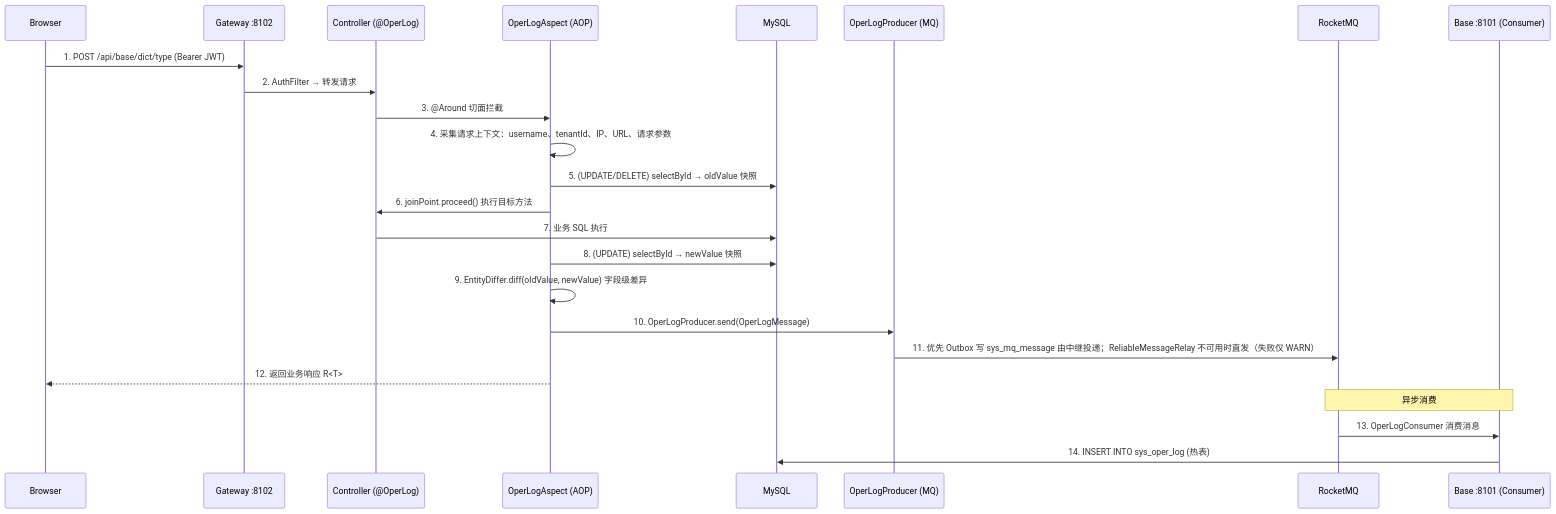
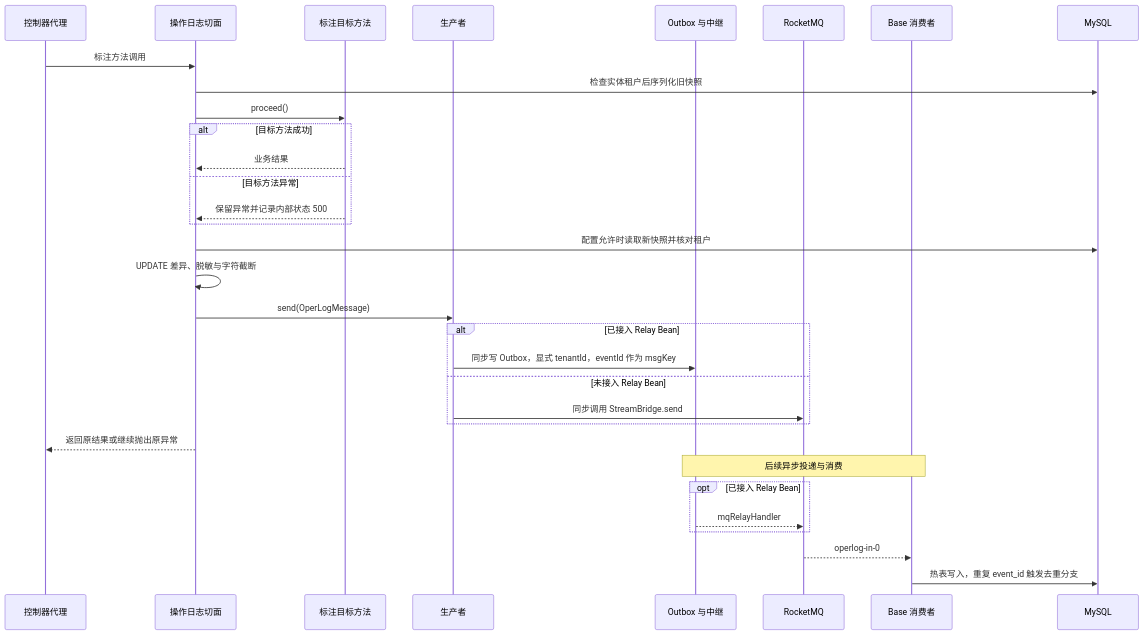
One commit to wang-baohai/Omni-Stack changed the tenth of 21 diagrams in docs/core-flows.md. Above: the diagram before and after it, drawn with Mermaid. The commit also changed other lines of this file and 1095 other files, not shown here.

````diff
--- a/docs/core-flows.md
+++ b/docs/core-flows.md
@@ -1213,28 +932,34 @@
 ```mermaid
 sequenceDiagram
-    participant B as Browser
-    participant G as Gateway :8102
-    participant C as Controller (@OperLog)
-    participant A as OperLogAspect (AOP)
-    participant M as MySQL
-    participant P as OperLogProducer (MQ)
+    participant C as 控制器代理
+    participant A as 操作日志切面
+    participant T as 标注目标方法
+    participant P as 生产者
+    participant O as Outbox 与中继
     participant Q as RocketMQ
-    participant Base as Base :8101 (Consumer)
-
-    B->>G: 1. POST /api/base/dict/type (Bearer JWT)
-    G->>C: 2. AuthFilter → 转发请求
-    C->>A: 3. @Around 切面拦截
-    A->>A: 4. 采集请求上下文：username、tenantId、IP、URL、请求参数
-    A->>M: 5. (UPDATE/DELETE) selectById → oldValue 快照
-    A->>C: 6. joinPoint.proceed() 执行目标方法
-    C->>M: 7. 业务 SQL 执行
-    A->>M: 8. (UPDATE) selectById → newValue 快照
-    A->>A: 9. EntityDiffer.diff(oldValue, newValue) 字段级差异
-    A->>P: 10. OperLogProducer.send(OperLogMessage)
-    P->>Q: 11. 优先 Outbox 写 sys_mq_message 由中继投递；ReliableMessageRelay 不可用时直发（失败仅 WARN）
-    A-->>B: 12. 返回业务响应 R<T>
-
-    Note over Q,Base: 异步消费
-    Q->>Base: 13. OperLogConsumer 消费消息
-    Base->>M: 14. INSERT INTO sys_oper_log (热表)
+    participant B as Base 消费者
+    participant D as MySQL
+    C->>A: 标注方法调用
+    A->>D: 检查实体租户后序列化旧快照
+    A->>T: proceed()
+    alt 目标方法成功
+        T-->>A: 业务结果
+    else 目标方法异常
+        T-->>A: 保留异常并记录内部状态 500
+    end
+    A->>D: 配置允许时读取新快照并核对租户
+    A->>A: UPDATE 差异、脱敏与字符截断
+    A->>P: send(OperLogMessage)
+    alt 已接入 Relay Bean
+        P->>O: 同步写 Outbox，显式 tenantId，eventId 作为 msgKey
+    else 未接入 Relay Bean
+        P->>Q: 同步调用 StreamBridge.send
+    end
+    A-->>C: 返回原结果或继续抛出原异常
+    Note over O,B: 后续异步投递与消费
+    opt 已接入 Relay Bean
+        O-->>Q: mqRelayHandler
+    end
+    Q-->>B: operlog-in-0
+    B->>D: 热表写入，重复 event_id 触发去重分支
 ```
````
